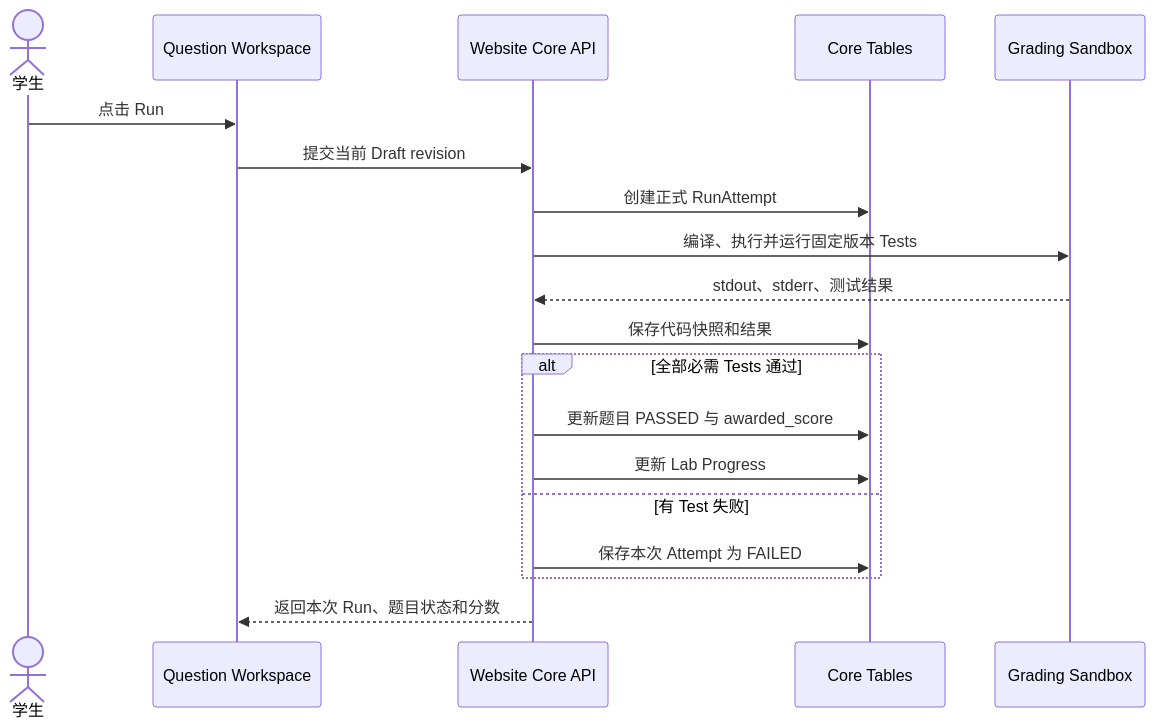
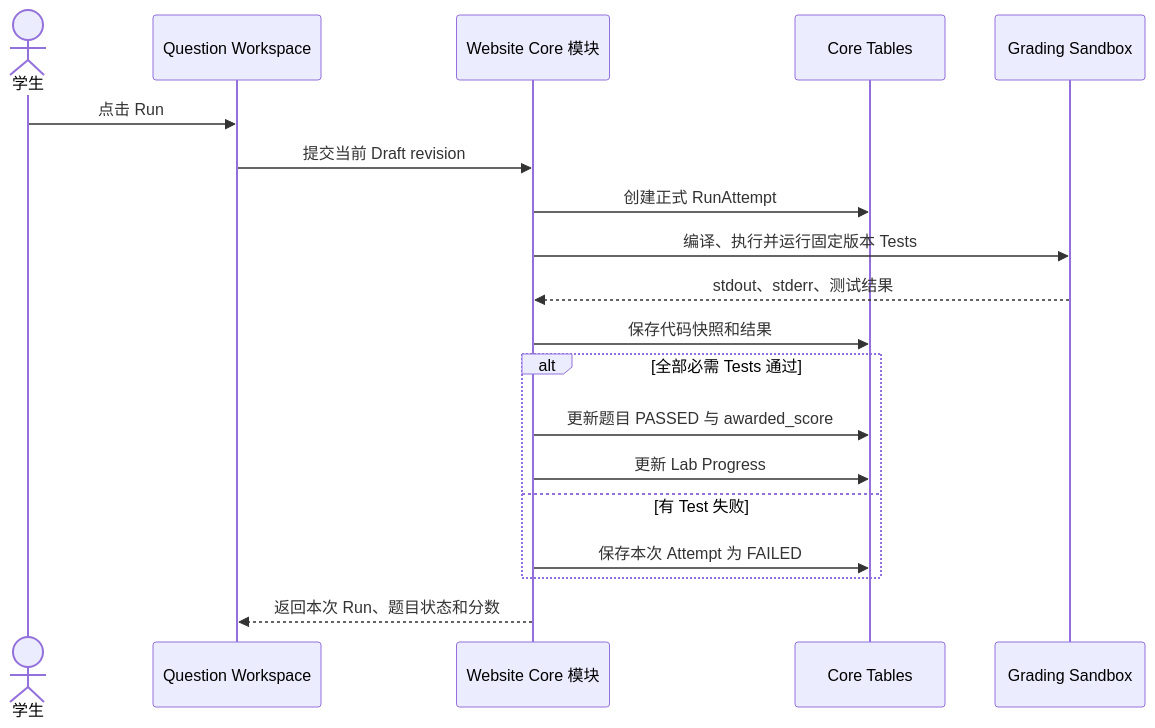
The second of 9 diagrams in docs/superpowers/specs/2026-09-13-ai-coding-assistant-architecture-design-zh.md (roey-cheng/AI-teaching-agent), drawn with Mermaid before and after one commit. The commit also changed other lines of this file, not shown here.

Commit message:
docs: clarify modular monolith architecture

````diff
--- a/docs/superpowers/specs/2026-09-13-ai-coding-assistant-architecture-design-zh.md
+++ b/docs/superpowers/specs/2026-09-13-ai-coding-assistant-architecture-design-zh.md
@@ -106,24 +111,24 @@
 ```mermaid
 sequenceDiagram
     actor Student as 学生
     participant UI as Question Workspace
-    participant Core as Website Core API
+    participant Core as Website Core 模块
     participant DB as Core Tables
     participant Sandbox as Grading Sandbox
 
     Student->>UI: 点击 Run
     UI->>Core: 提交当前 Draft revision
     Core->>DB: 创建正式 RunAttempt
     Core->>Sandbox: 编译、执行并运行固定版本 Tests
     Sandbox-->>Core: stdout、stderr、测试结果
     Core->>DB: 保存代码快照和结果
 
     alt 全部必需 Tests 通过
         Core->>DB: 更新题目 PASSED 与 awarded_score
         Core->>DB: 更新 Lab Progress
     else 有 Test 失败
         Core->>DB: 保存本次 Attempt 为 FAILED
     end
 
     Core-->>UI: 返回本次 Run、题目状态和分数
 ```
````
